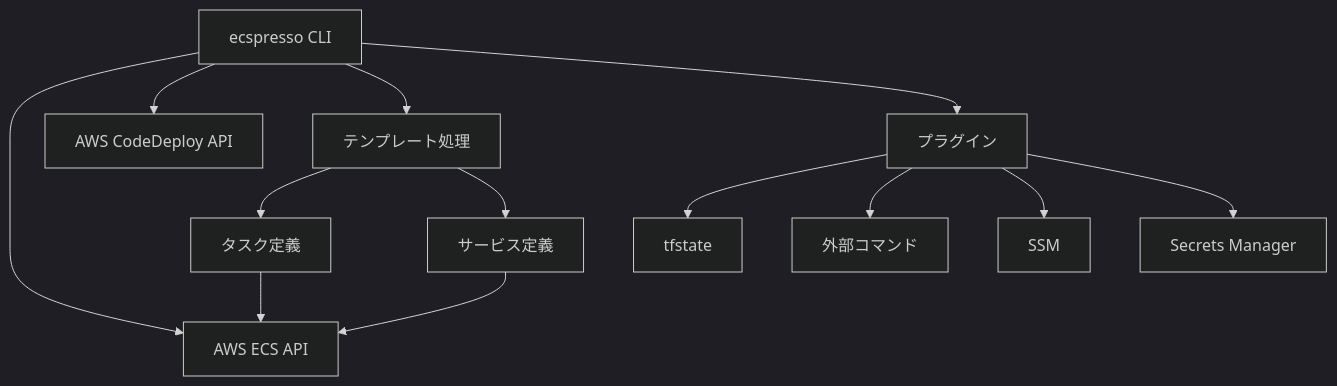
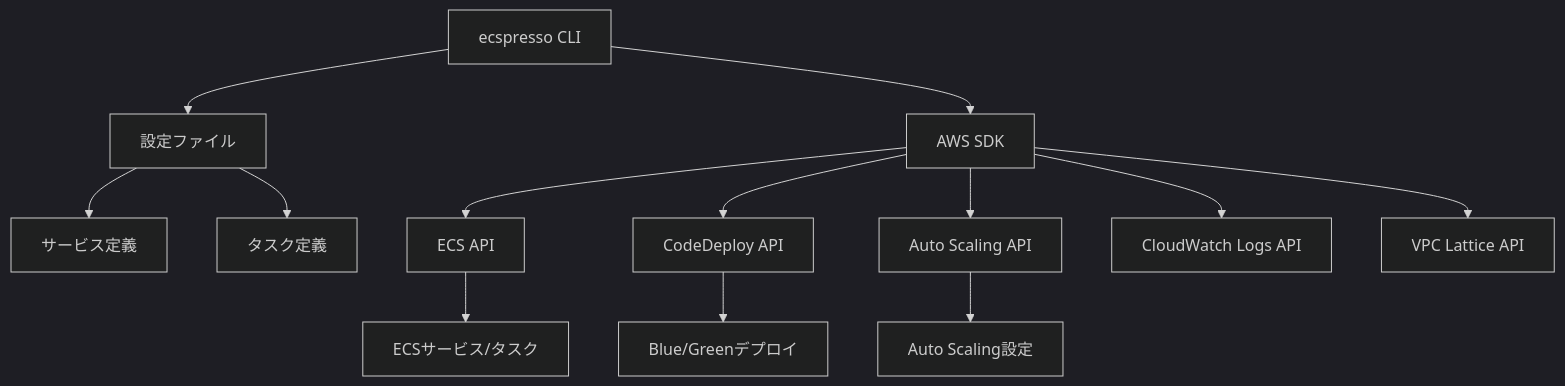
The diagram in ecspresso/introduction/about.md (bufferings/devin-docs), drawn with Mermaid (dark theme) before and after one commit. The commit also changed other lines of this file and 32 other files, not shown here.

````diff
--- a/ecspresso/introduction/about.md
+++ b/ecspresso/introduction/about.md
@@ -24,15 +78,15 @@
 ```mermaid
 graph TD
-  A[ecspresso CLI] --> B[AWS ECS API]
-  A --> C[AWS CodeDeploy API]
-  A --> D[テンプレート処理]
-  D --> E[タスク定義]
-  D --> F[サービス定義]
-  E --> B
-  F --> B
-  A --> G[プラグイン]
-  G --> H[tfstate]
-  G --> I[外部コマンド]
-  G --> J[SSM]
-  G --> K[Secrets Manager]
+    A[ecspresso CLI] --> B[設定ファイル]
+    B --> C[サービス定義]
+    B --> D[タスク定義]
+    A --> E[AWS SDK]
+    E --> F[ECS API]
+    E --> G[CodeDeploy API]
+    E --> H[Auto Scaling API]
+    E --> I[CloudWatch Logs API]
+    E --> J[VPC Lattice API]
+    F --> K[ECSサービス/タスク]
+    G --> L[Blue/Greenデプロイ]
+    H --> M[Auto Scaling設定]
 ```
````
